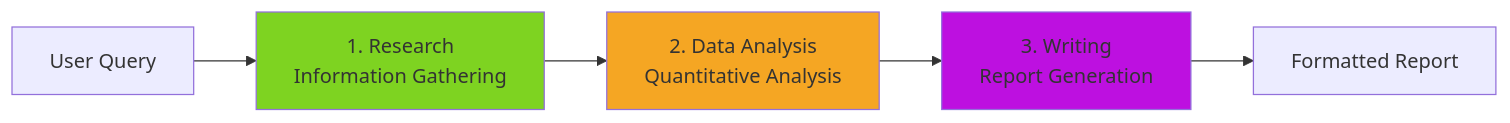
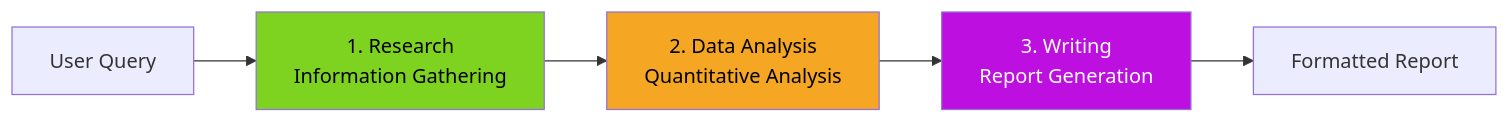
Before and after one commit to EideticPleroma/tutorials: the first of 6 diagrams in lesson-2-multi-agent/tutorial-2/guides/designing-agent-teams.md, drawn with Mermaid. The commit also changed other lines of this file and 7 other files, not shown here.

First line of the commit message:
docs: implement color contrast standards across all diagrams

````diff
--- a/lesson-2-multi-agent/tutorial-2/guides/designing-agent-teams.md
+++ b/lesson-2-multi-agent/tutorial-2/guides/designing-agent-teams.md
@@ -96,11 +96,11 @@
 ```mermaid
 flowchart LR
     User[User Query] --> Research[1. Research<br/>Information Gathering]
     Research --> Data[2. Data Analysis<br/>Quantitative Analysis]
     Data --> Writer[3. Writing<br/>Report Generation]
     Writer --> Output[Formatted Report]
     
-    style Research fill:#7ED321
-    style Data fill:#F5A623
-    style Writer fill:#BD10E0
+    style Research fill:#7ED321,color:#000000
+    style Data fill:#F5A623,color:#000000
+    style Writer fill:#BD10E0,color:#FFFFFF
 ```
````
